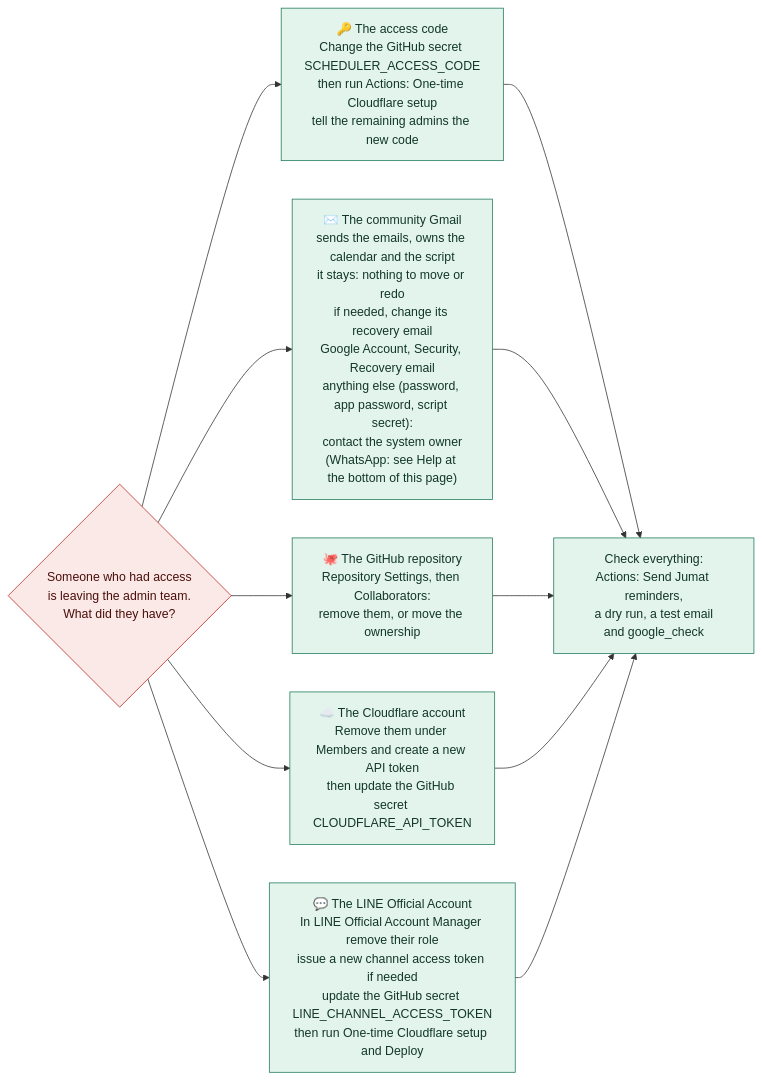
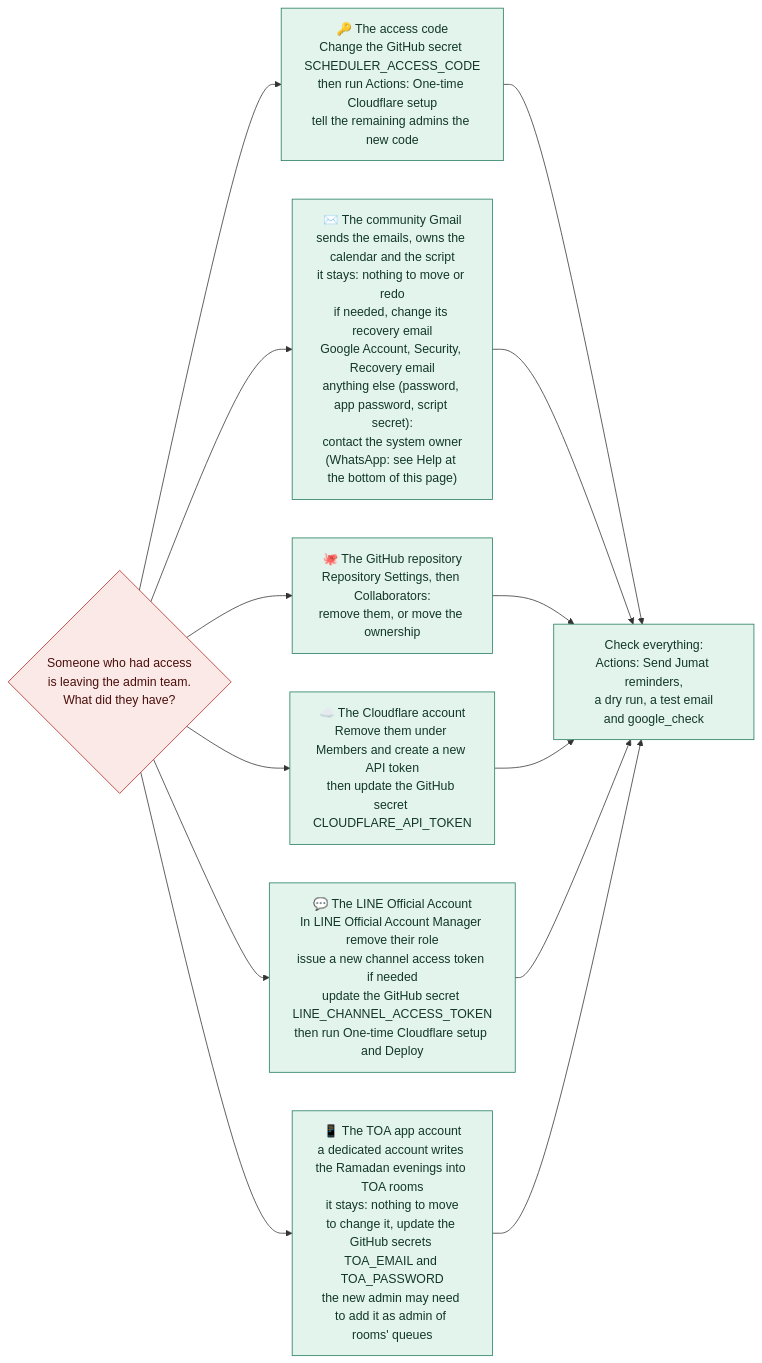
One commit to mushaffarasyidridha/Jumat-Scheduler-NAIST changed the diagram in public/flows/handover-secrets.mmd. Above: the diagram before and after it, drawn with Mermaid. The commit also changed 20 other files, not shown here.

First line of the commit message:
TOA: add Ramadan evenings to linked TOA room queues

```diff
--- a/public/flows/handover-secrets.mmd
+++ b/public/flows/handover-secrets.mmd
@@ -1,18 +1,20 @@
 flowchart LR
   B{"Someone who had access<br/>is leaving the admin team.<br/>What did they have?"}
   B --> D1["🔑 The access code<br/>Change the GitHub secret SCHEDULER_ACCESS_CODE<br/>then run Actions: One-time Cloudflare setup<br/>tell the remaining admins the new code"]
   B --> D2["✉️ The community Gmail<br/>sends the emails, owns the calendar and the script<br/>it stays: nothing to move or redo<br/>if needed, change its recovery email<br/>Google Account, Security, Recovery email<br/>anything else (password, app password, script secret):<br/>contact the system owner<br/>(WhatsApp: see Help at the bottom of this page)"]
   B --> D3["🐙 The GitHub repository<br/>Repository Settings, then Collaborators:<br/>remove them, or move the ownership"]
   B --> D4["☁️ The Cloudflare account<br/>Remove them under Members and create a new API token<br/>then update the GitHub secret CLOUDFLARE_API_TOKEN"]
   B --> D5["💬 The LINE Official Account<br/>In LINE Official Account Manager remove their role<br/>issue a new channel access token if needed<br/>update the GitHub secret LINE_CHANNEL_ACCESS_TOKEN<br/>then run One-time Cloudflare setup and Deploy"]
 
+  B --> D6["📱 The TOA app account<br/>a dedicated account writes the Ramadan evenings into TOA rooms<br/>it stays: nothing to move<br/>to change it, update the GitHub secrets TOA_EMAIL and TOA_PASSWORD<br/>the new admin may need to add it as admin of rooms' queues"]
   D1 --> E["Check everything:<br/>Actions: Send Jumat reminders,<br/>a dry run, a test email<br/>and google_check"]
   D2 --> E
   D3 --> E
   D4 --> E
   D5 --> E
+  D6 --> E
 
   classDef admin fill:#e3f4ec,stroke:#1f7a5c,color:#12372a
   classDef warn fill:#fbe9e7,stroke:#b3261e,color:#4a0f0b
   class B warn
-  class D1,D2,D3,D4,D5,E admin
+  class D1,D2,D3,D4,D5,D6,E admin
```
